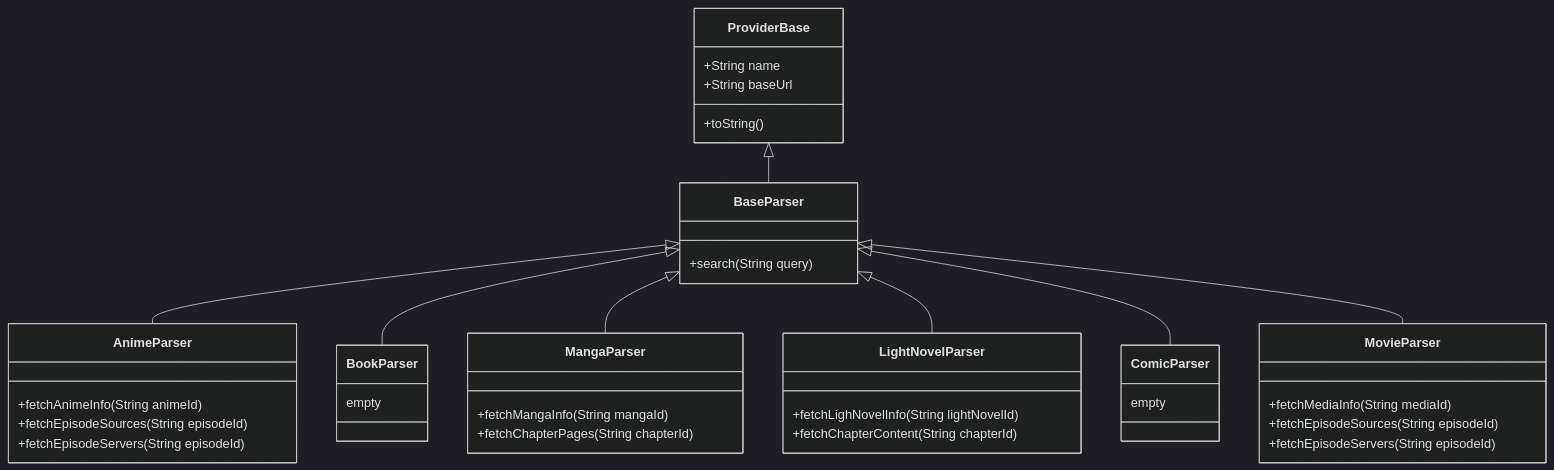
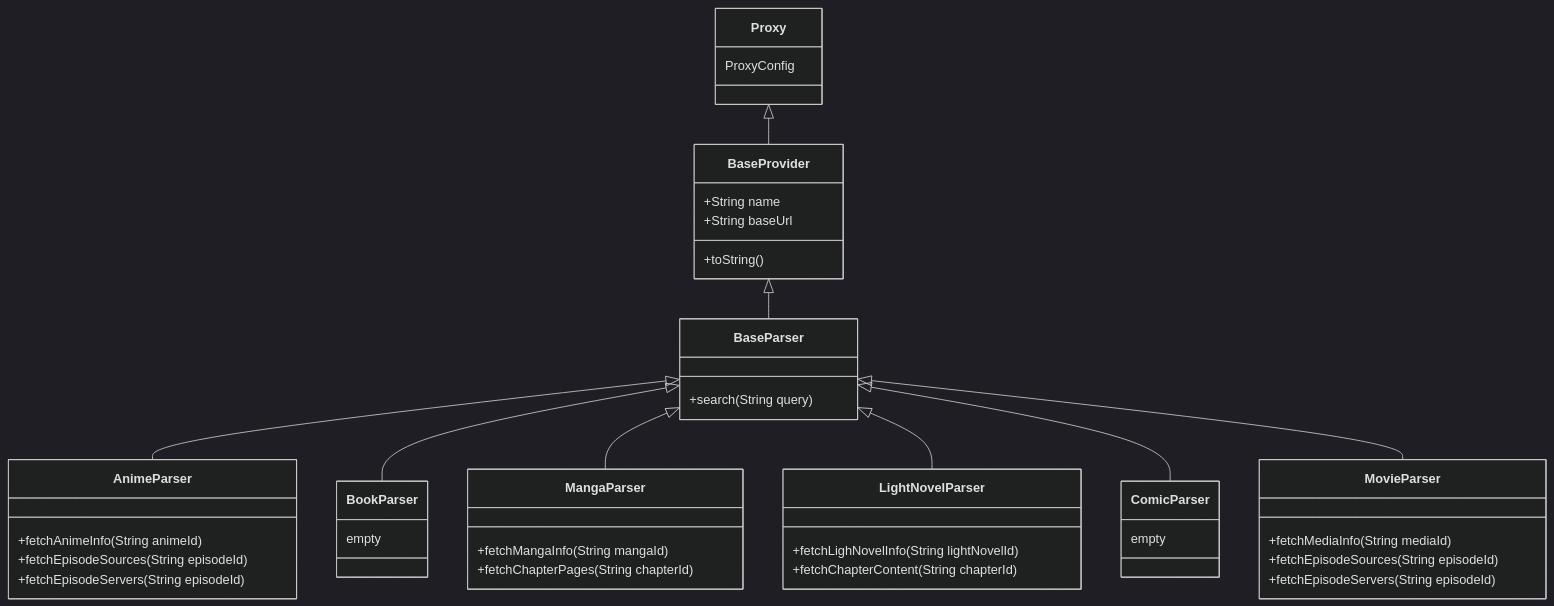
One commit to consumet/consumet.ts changed the diagram in CONTRIBUTING.md. Above: the diagram before and after it, drawn with Mermaid (dark theme).

Commit message:
docs: add proxy class to mermaid class diagram

````diff
--- a/CONTRIBUTING.md
+++ b/CONTRIBUTING.md
@@ -86,40 +86,44 @@
    ```mermaid
    classDiagram
-         ProviderBase <|-- BaseParser
-         ProviderBase : +String name
-         ProviderBase : +String baseUrl
-         ProviderBase: +toString()
+         Proxy <|-- BaseProvider
+         BaseProvider <|-- BaseParser
+         BaseProvider : +String name
+         BaseProvider : +String baseUrl
+         BaseProvider: +toString()
          BaseParser <|-- AnimeParser
          BaseParser <|-- BookParser
          BaseParser <|-- MangaParser
          BaseParser <|-- LightNovelParser
          BaseParser <|-- ComicParser
          BaseParser <|-- MovieParser
+         class Proxy{
+            ProxyConfig
+         }
          class BaseParser{
             +search(String query)
          }
          class AnimeParser{
             +fetchAnimeInfo(String animeId)
             +fetchEpisodeSources(String episodeId)
             +fetchEpisodeServers(String episodeId)
          }
          class MovieParser{
             +fetchMediaInfo(String mediaId)
             +fetchEpisodeSources(String episodeId)
             +fetchEpisodeServers(String episodeId)
          }
          class BookParser{
             empty
          }
          class MangaParser{
             +fetchMangaInfo(String mangaId)
             +fetchChapterPages(String chapterId)
          }
          class ComicParser{
             empty
          }
          class LightNovelParser{
             +fetchLighNovelInfo(String lightNovelId)
             +fetchChapterContent(String chapterId)
          }
    ```
````
